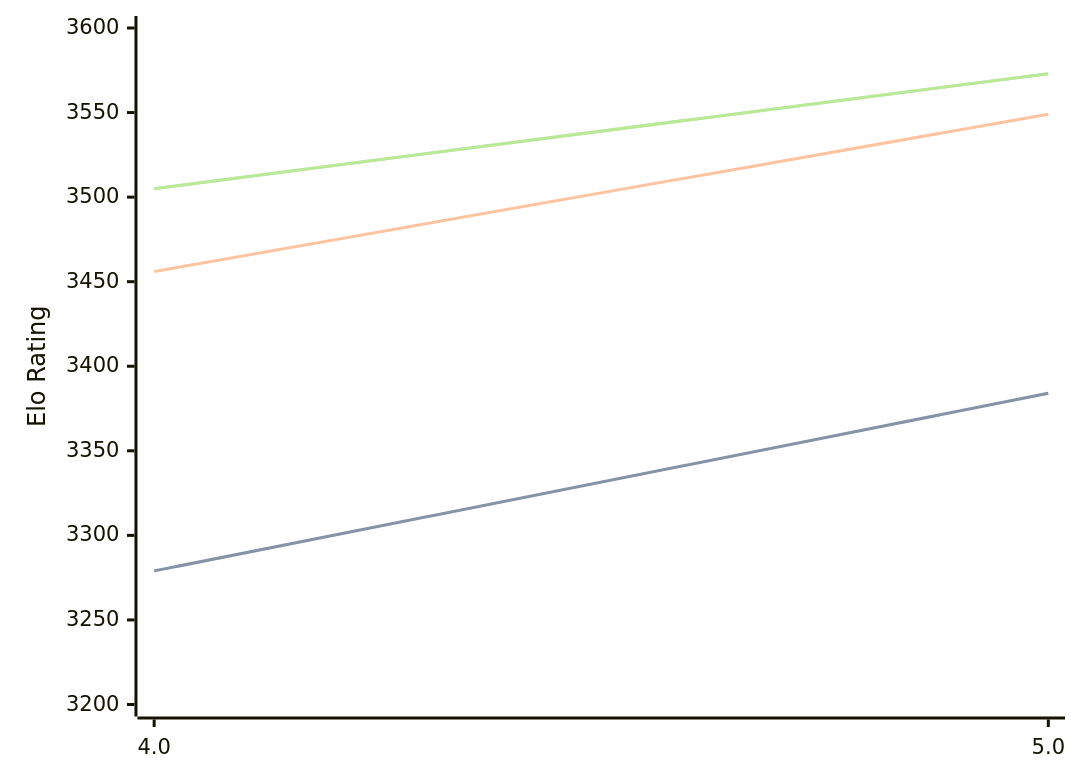
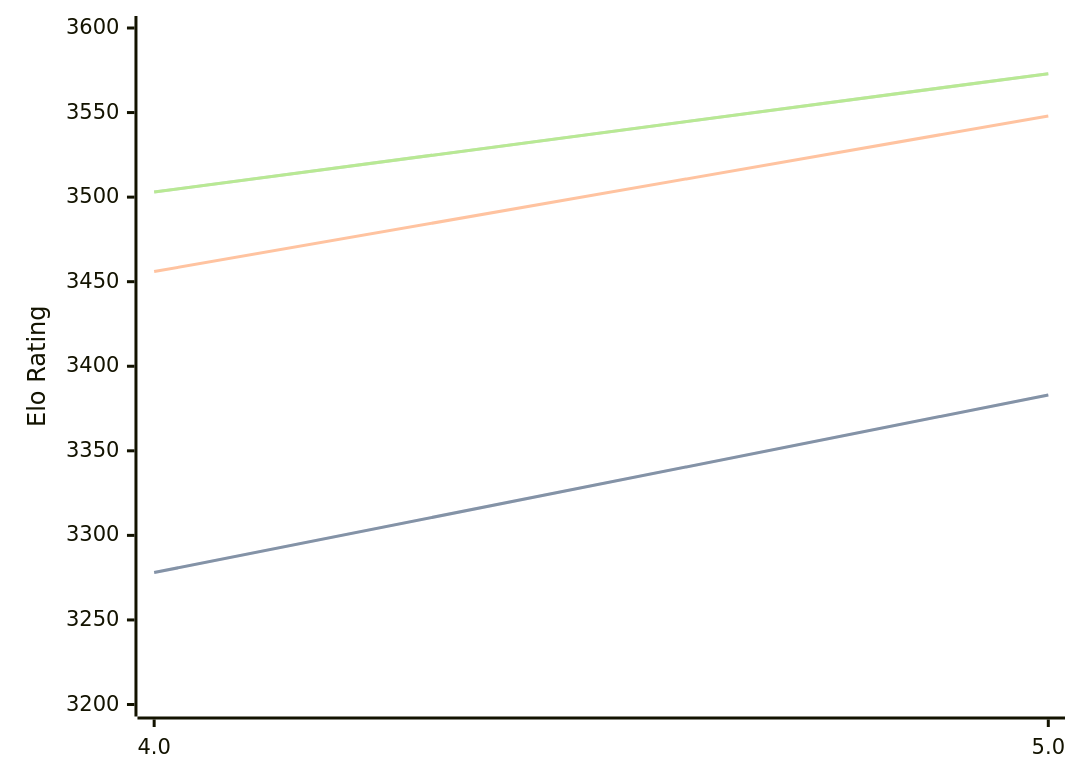
One commit to computer-chess-index/cci changed the diagram in engines/Tarnished.md. Above: the diagram before and after it, drawn with Mermaid. The commit also changed other lines of this file, not shown here.

Commit message:
Update CCI Ratings (ELO VLTC) - 2026-03-23

````diff
--- a/engines/Tarnished.md
+++ b/engines/Tarnished.md
@@ -36,11 +36,11 @@
 ```mermaid
 %%{init: {"theme":"base","themeVariables":{"seriesColors:['#a3a3a3','#222221','#faa371']}}}%%
 xychart-beta
   x-axis ["4.0", "5.0"]
   y-axis "Elo Rating" 3200 --> 3600
-  line "STC (8.0+0.08s)" [3279, 3384]
-  line "STC (8.0+0.08s)" [3279, 3384]
-  line "LTC (60.0+0.60s)" [3456, 3549]
-  line "VLTC (2m24s+1.12s)" [3505, 3573]
-  line "VLTC (2m24s+1.12s)" [3505, 3573]
+  line "STC (8.0+0.08s)" [3278, 3383]
+  line "STC (8.0+0.08s)" [3278, 3383]
+  line "LTC (60.0+0.60s)" [3456, 3548]
+  line "VLTC (2m24s+1.12s)" [3503, 3573]
+  line "VLTC (2m24s+1.12s)" [3503, 3573]
 ```
````
